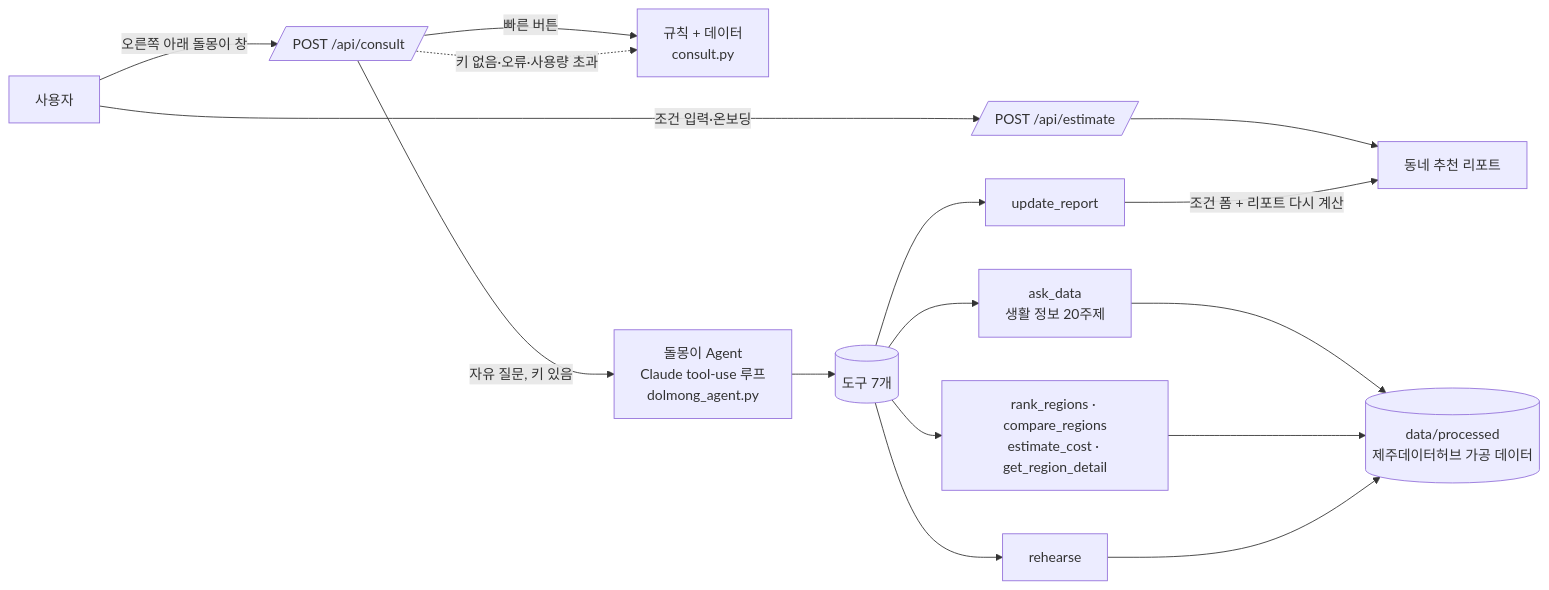
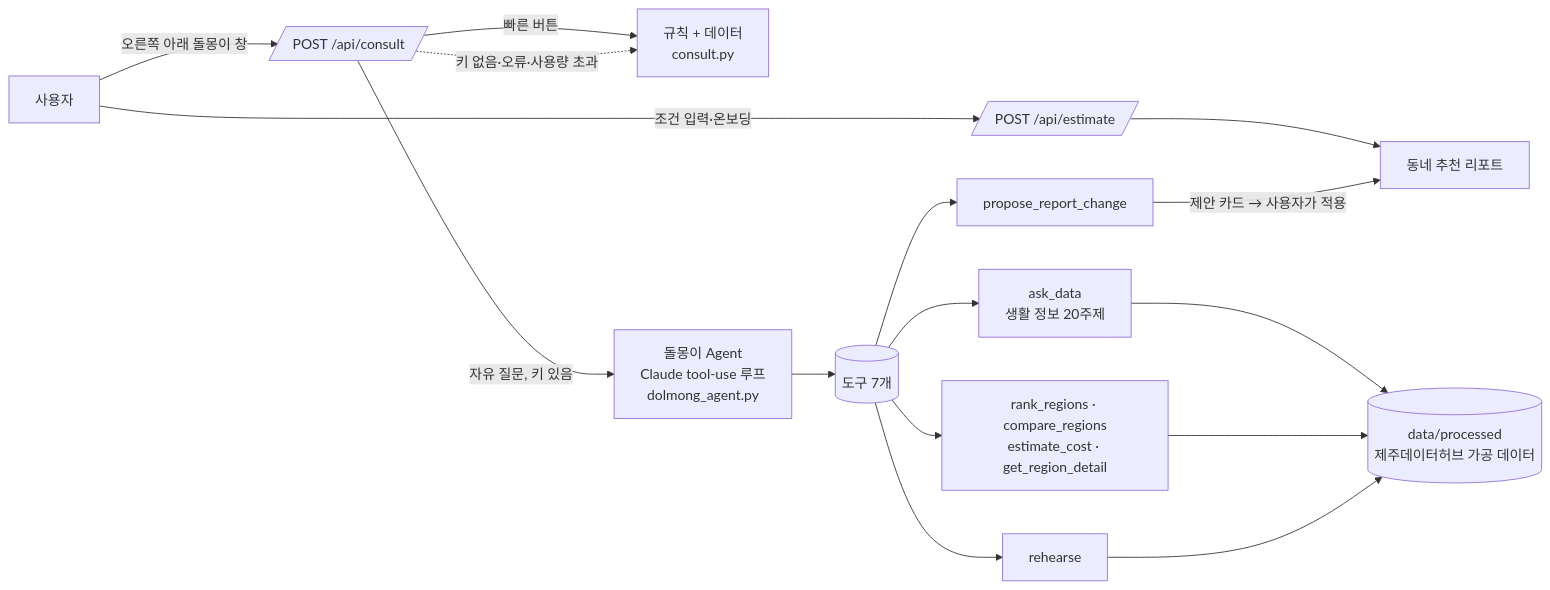
One commit to jaeho222/dol_mong_e changed the diagram in README.md. Above: the diagram before and after it, drawn with Mermaid. The commit also changed other lines of this file and 5 other files, not shown here.

````diff
--- a/README.md
+++ b/README.md
@@ -77,16 +77,16 @@
 ```mermaid
 flowchart LR
   U[사용자] -->|조건 입력·온보딩| F1[/POST /api/estimate/]
   F1 --> REP[동네 추천 리포트]
   U -->|오른쪽 아래 돌몽이 창| F2[/POST /api/consult/]
   F2 -->|빠른 버튼| RULE[규칙 + 데이터<br/>consult.py]
   F2 -->|자유 질문, 키 있음| AG[돌몽이 Agent<br/>Claude tool-use 루프<br/>dolmong_agent.py]
   F2 -.->|키 없음·오류·사용량 초과| RULE
   AG --> TL[(도구 7개)]
   TL --> T1[ask_data<br/>생활 정보 20주제]
   TL --> T2[rank_regions · compare_regions<br/>estimate_cost · get_region_detail]
   TL --> T3[rehearse]
-  TL --> T4[update_report]
-  T4 -->|조건 폼 + 리포트 다시 계산| REP
+  TL --> T4[propose_report_change]
+  T4 -->|제안 카드 → 사용자가 적용| REP
   T1 & T2 & T3 --> D[(data/processed<br/>제주데이터허브 가공 데이터)]
 ```
````
